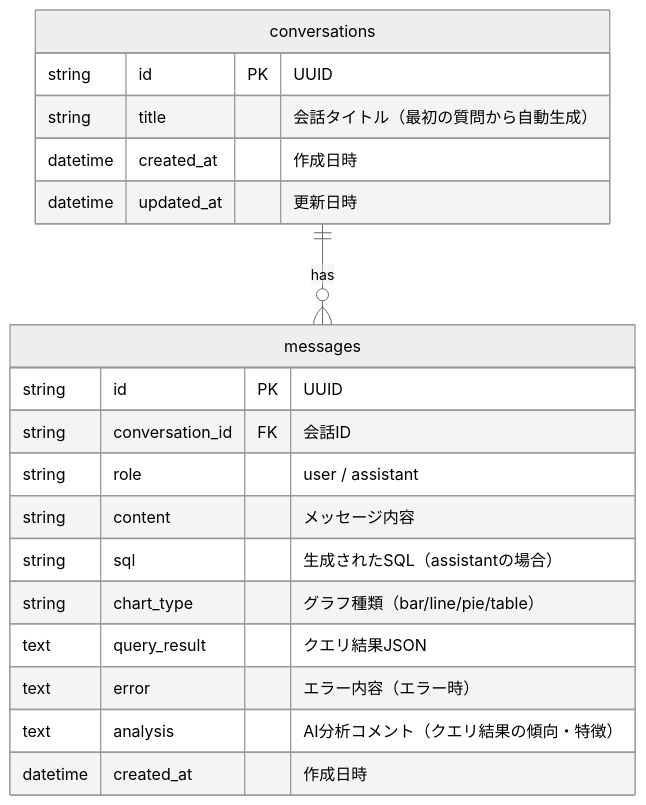
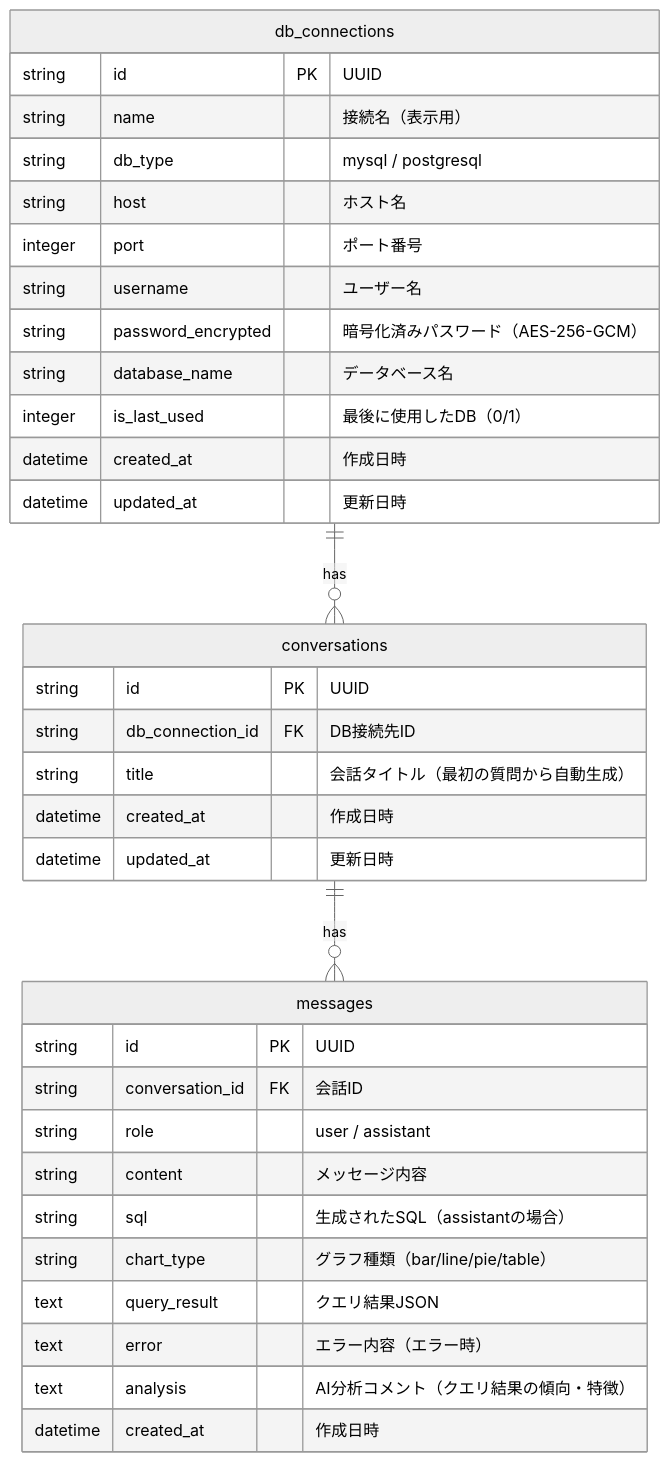
The diagram in ai_generated/requirements/db.md (okegawaatclink/gaido-dataagent), drawn with Mermaid (neutral theme) before and after one commit. The commit also changed other lines of this file and 7 other files, not shown here.

````diff
--- a/ai_generated/requirements/db.md
+++ b/ai_generated/requirements/db.md
@@ -7,24 +7,40 @@
 ```mermaid
 erDiagram
+    db_connections {
+        string id PK "UUID"
+        string name "接続名（表示用）"
+        string db_type "mysql / postgresql"
+        string host "ホスト名"
+        integer port "ポート番号"
+        string username "ユーザー名"
+        string password_encrypted "暗号化済みパスワード（AES-256-GCM）"
+        string database_name "データベース名"
+        integer is_last_used "最後に使用したDB（0/1）"
+        datetime created_at "作成日時"
+        datetime updated_at "更新日時"
+    }
+
     conversations {
         string id PK "UUID"
+        string db_connection_id FK "DB接続先ID"
         string title "会話タイトル（最初の質問から自動生成）"
         datetime created_at "作成日時"
         datetime updated_at "更新日時"
     }
 
     messages {
         string id PK "UUID"
         string conversation_id FK "会話ID"
         string role "user / assistant"
         string content "メッセージ内容"
         string sql "生成されたSQL（assistantの場合）"
         string chart_type "グラフ種類（bar/line/pie/table）"
         text query_result "クエリ結果JSON"
         text error "エラー内容（エラー時）"
         text analysis "AI分析コメント（クエリ結果の傾向・特徴）"
         datetime created_at "作成日時"
     }
 
+    db_connections ||--o{ conversations : "has"
     conversations ||--o{ messages : "has"
 ```
````
